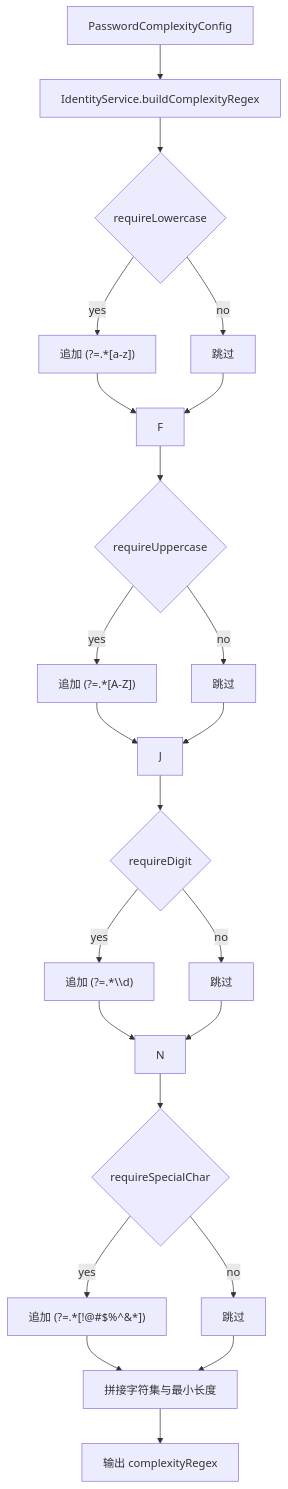
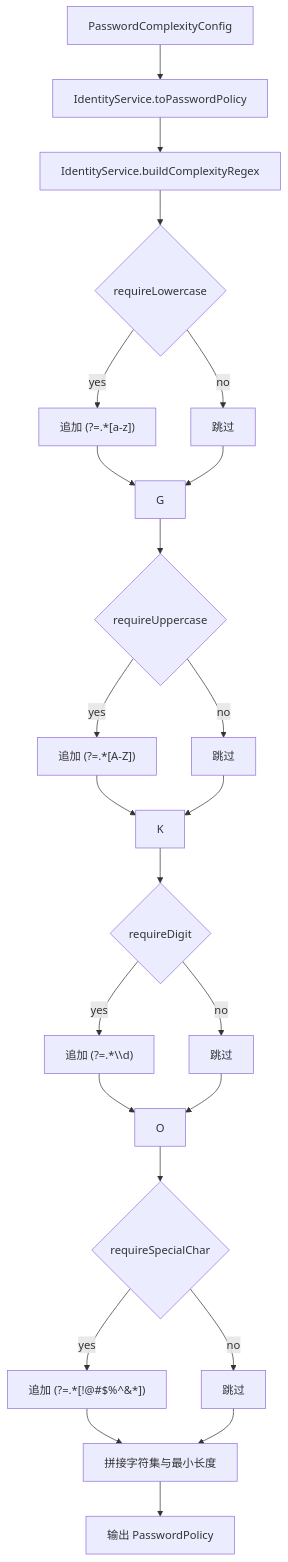
The sixth of 7 diagrams in docs/03-模块设计/身份鉴别组件设计说明.md (Deslord319/security_tool), drawn with Mermaid before and after one commit. The commit also changed other lines of this file and 43 other files, not shown here.

````diff
--- a/docs/03-模块设计/身份鉴别组件设计说明.md
+++ b/docs/03-模块设计/身份鉴别组件设计说明.md
@@ -332,25 +348,26 @@
 ```mermaid
 flowchart TD
-  A["PasswordComplexityConfig"] --> B["IdentityService.buildComplexityRegex"]
-  B --> C{"requireLowercase"}
-  C -- yes --> D["追加 (?=.*[a-z])"]
-  C -- no --> E["跳过"]
-  D --> F
-  E --> F
-  F --> G{"requireUppercase"}
-  G -- yes --> H["追加 (?=.*[A-Z])"]
-  G -- no --> I["跳过"]
-  H --> J
-  I --> J
-  J --> K{"requireDigit"}
-  K -- yes --> L["追加 (?=.*\\d)"]
-  K -- no --> M["跳过"]
-  L --> N
-  M --> N
-  N --> O{"requireSpecialChar"}
-  O -- yes --> P["追加 (?=.*[!@#$%^&*])"]
-  O -- no --> Q["跳过"]
-  P --> R["拼接字符集与最小长度"]
-  Q --> R
-  R --> S["输出 complexityRegex"]
+  A["PasswordComplexityConfig"] --> B["IdentityService.toPasswordPolicy"]
+  B --> C["IdentityService.buildComplexityRegex"]
+  C --> D{"requireLowercase"}
+  D -- yes --> E["追加 (?=.*[a-z])"]
+  D -- no --> F["跳过"]
+  E --> G
+  F --> G
+  G --> H{"requireUppercase"}
+  H -- yes --> I["追加 (?=.*[A-Z])"]
+  H -- no --> J["跳过"]
+  I --> K
+  J --> K
+  K --> L{"requireDigit"}
+  L -- yes --> M["追加 (?=.*\\d)"]
+  L -- no --> N["跳过"]
+  M --> O
+  N --> O
+  O --> P{"requireSpecialChar"}
+  P -- yes --> Q["追加 (?=.*[!@#$%^&*])"]
+  P -- no --> R["跳过"]
+  Q --> S["拼接字符集与最小长度"]
+  R --> S
+  S --> T["输出 PasswordPolicy"]
 ```
````
